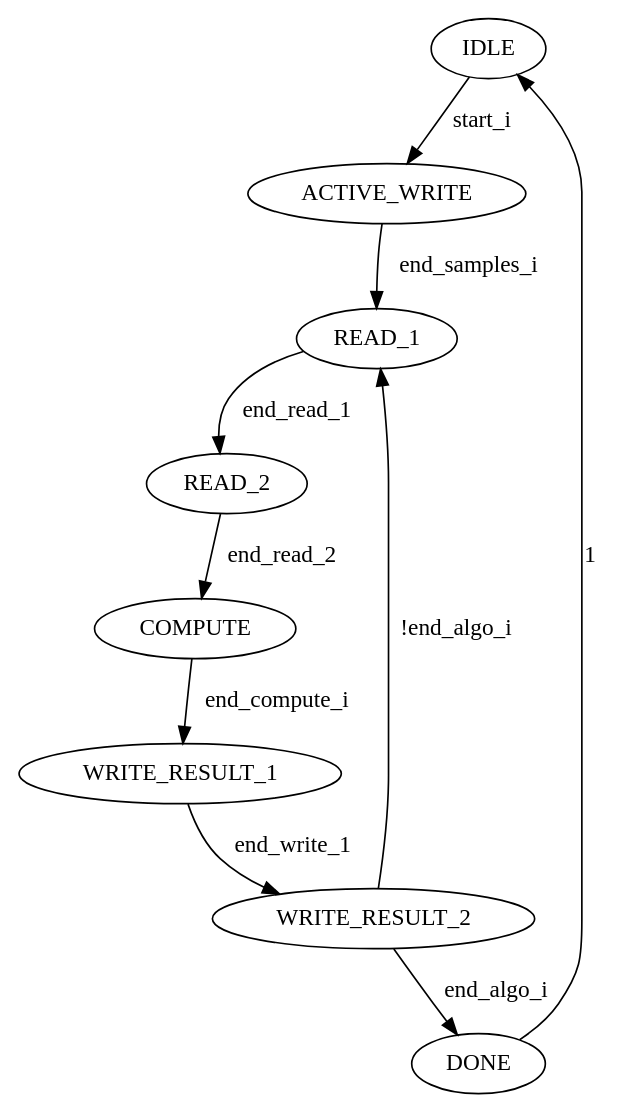
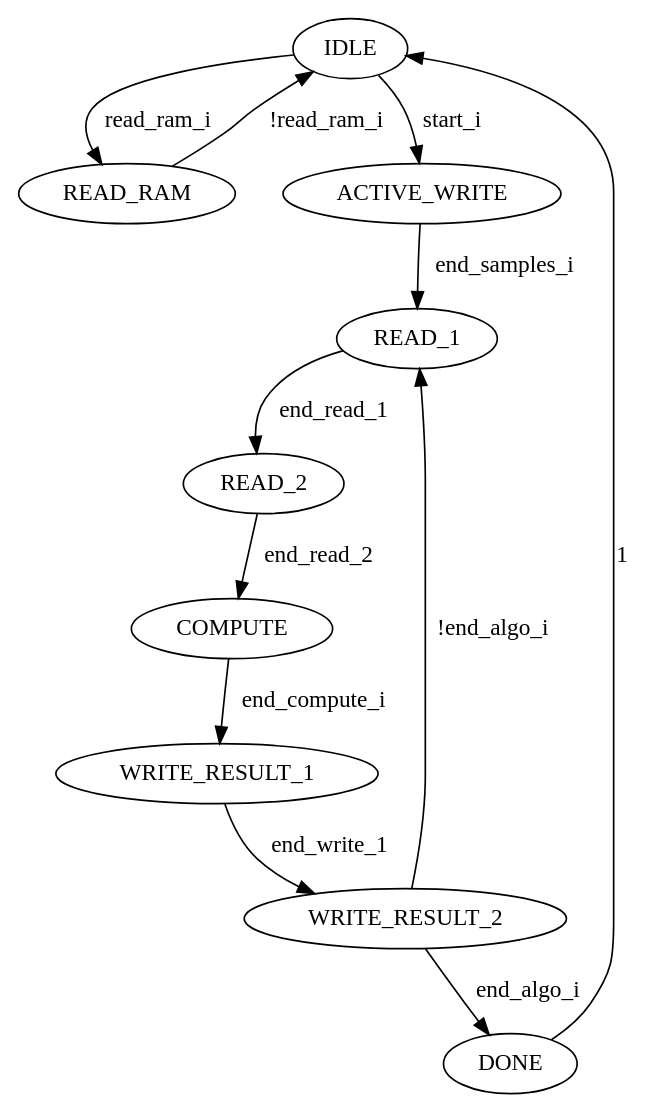
One commit to EneaDim/flexsoc changed the diagram in ips/fft_core/fsms/fft_fsm/outputs/fft_fsm.gv. Above: the diagram before and after it, drawn with Graphviz. The commit also changed 12 other files, not shown here.

```diff
--- a/ips/fft_core/fsms/fft_fsm/outputs/fft_fsm.gv
+++ b/ips/fft_core/fsms/fft_fsm/outputs/fft_fsm.gv
@@ -1,11 +1,13 @@
 digraph fft_fsm {
+IDLE -> READ_RAM [ label = "read_ram_i" ] ;
+READ_RAM -> IDLE [ label = "!read_ram_i" ] ;
 IDLE -> ACTIVE_WRITE [ label = "start_i" ] ;
-ACTIVE_WRITE -> READ_1 [ label = " end_samples_i" ] ;
+ACTIVE_WRITE -> READ_1 [ label = "end_samples_i" ] ;
 READ_1 -> READ_2 [ label = "end_read_1" ] ;
 READ_2 -> COMPUTE [ label = "end_read_2" ] ;
 COMPUTE -> WRITE_RESULT_1 [ label = "end_compute_i" ] ;
 WRITE_RESULT_1 -> WRITE_RESULT_2 [ label = "end_write_1" ] ;
 WRITE_RESULT_2 -> READ_1 [ label = "!end_algo_i" ] ;
 WRITE_RESULT_2 -> DONE [ label = "end_algo_i" ] ;
 DONE -> IDLE [ label = "1" ] ;
 }
```
